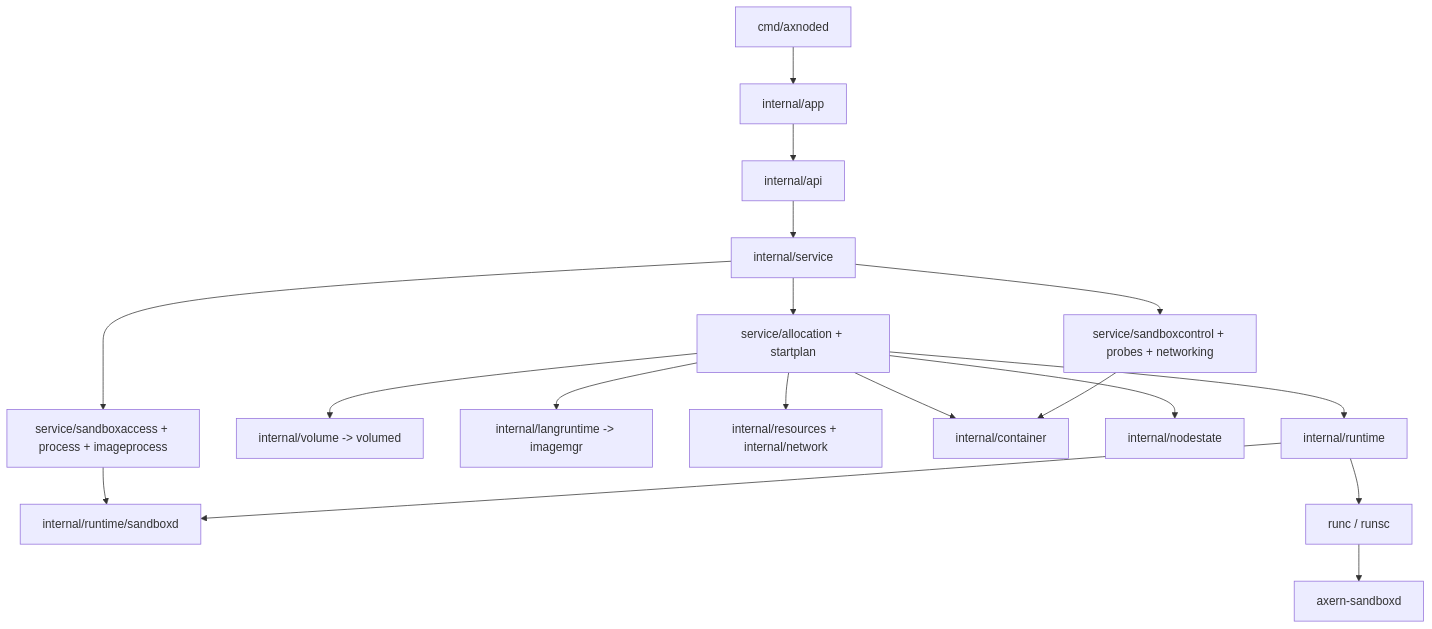
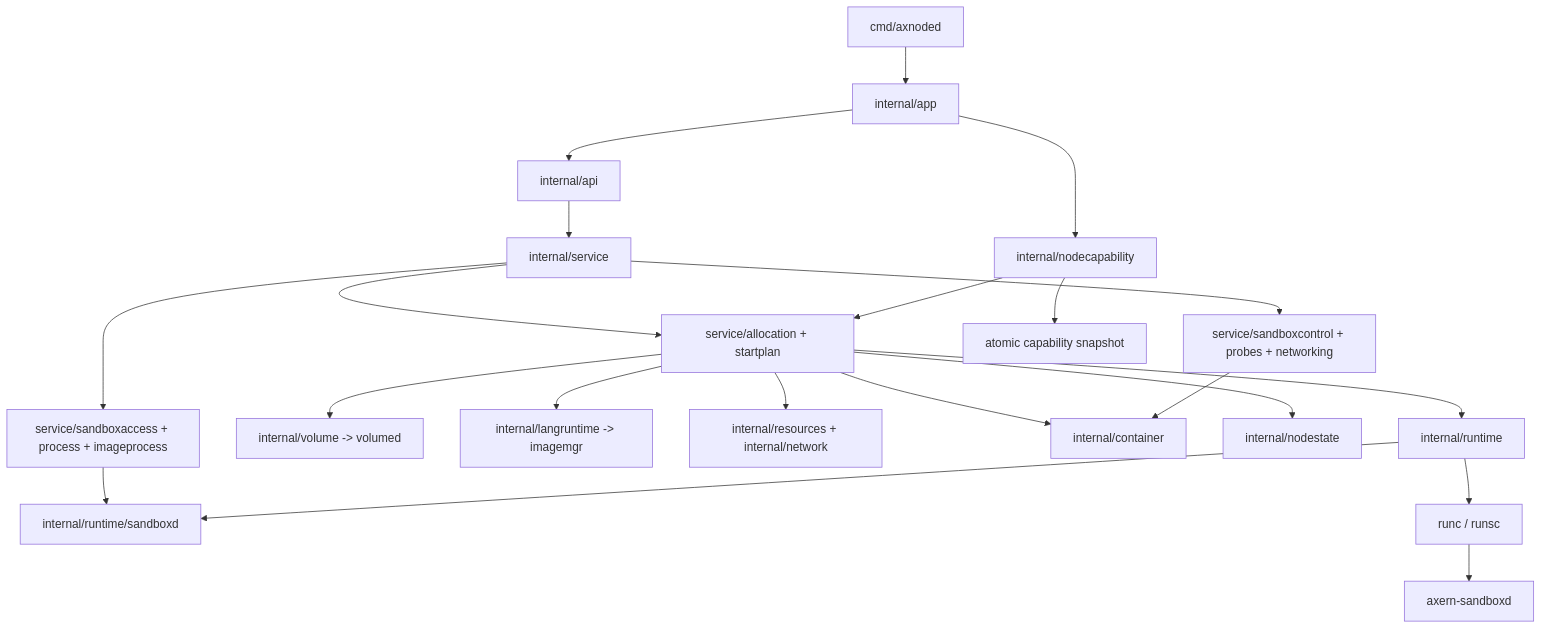
The first of 3 diagrams in runtime/axnoded/docs/architecture.md (cofy-x/axern), drawn with Mermaid before and after one commit. The commit also changed other lines of this file and 254 other files, not shown here.

````diff
--- a/runtime/axnoded/docs/architecture.md
+++ b/runtime/axnoded/docs/architecture.md
@@ -9,23 +9,26 @@
 ```mermaid
 flowchart TB
     Entry["cmd/axnoded"] --> App["internal/app"]
     App --> API["internal/api"]
+    App --> Capability["internal/nodecapability"]
     API --> Service["internal/service"]
 
     Service --> Allocation["service/allocation + startplan"]
     Service --> Access["service/sandboxaccess + process + imageprocess"]
     Service --> Control["service/sandboxcontrol + probes + networking"]
 
     Allocation --> Volume["internal/volume -> volumed"]
     Allocation --> LangRuntime["internal/langruntime -> imagemgr"]
     Allocation --> Resources["internal/resources + internal/network"]
     Allocation --> Container["internal/container"]
     Allocation --> NodeState["internal/nodestate"]
     Allocation --> Runtime["internal/runtime"]
+    Capability --> Inventory["atomic capability snapshot"]
+    Capability --> Allocation
 
     Access --> RuntimeClient["internal/runtime/sandboxd"]
     Control --> Container
     Runtime --> OCI["runc / runsc"]
     Runtime --> RuntimeClient
     OCI --> Sandboxd["axern-sandboxd"]
 ```
````
